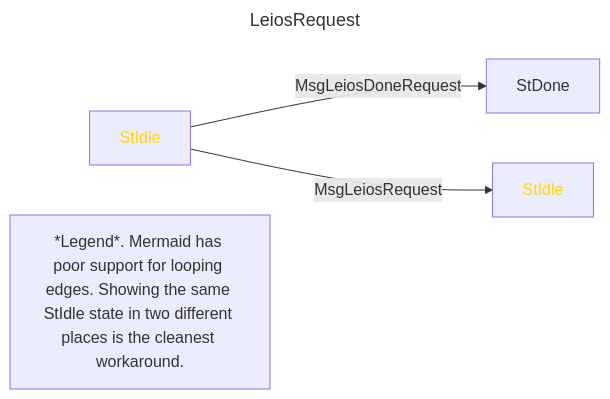
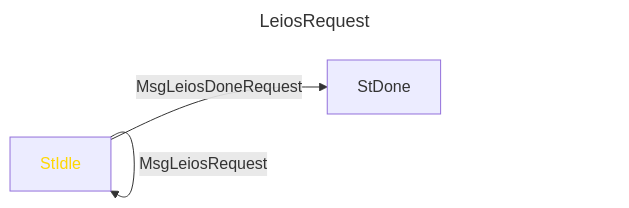
Before and after one commit to input-output-hk/ouroboros-leios: the eighth of 9 diagrams in NewLinearLeiosMiniProtocols.md, drawn with Mermaid. The commit also changed other lines of this file, not shown here.

````diff
--- a/NewLinearLeiosMiniProtocols.md
+++ b/NewLinearLeiosMiniProtocols.md
@@ -64,14 +255,11 @@
 ```mermaid
 ---
 title: LeiosRequest
 ---
 graph LR
    style StIdle color:gold;
-   StIdleDup[StIdle]; style StIdleDup color:gold;
 
    StIdle -->|MsgLeiosDoneRequest| StDone
 
-   StIdle -->|MsgLeiosRequest| StIdleDup
-
-   Note[*Legend*. Mermaid has poor support for looping edges. Showing the same StIdle state in two different places is the cleanest workaround.]
+   StIdle -->|MsgLeiosRequest| StIdle
 ```
````
